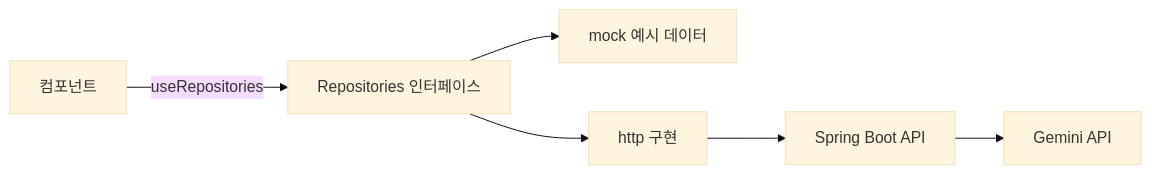
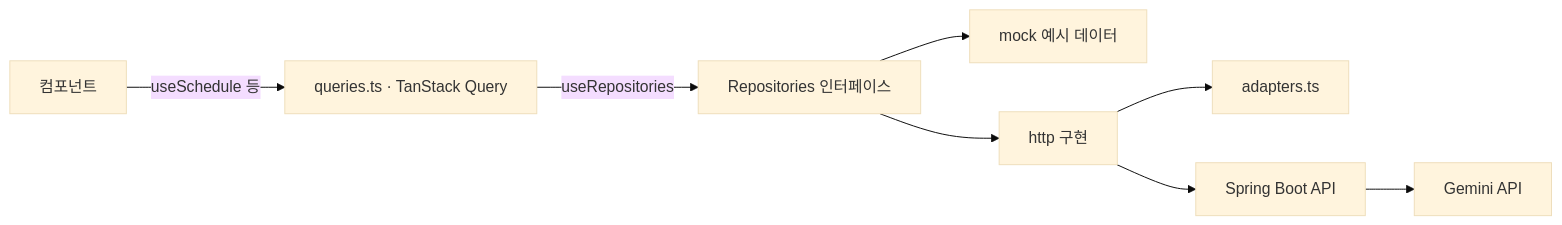
One commit to monggu03/gdghomepage changed the diagram in docs/ARCHITECTURE.md. Above: the diagram before and after it, drawn with Mermaid (base theme). The commit also changed other lines of this file and 67 other files, not shown here.

````diff
--- a/docs/ARCHITECTURE.md
+++ b/docs/ARCHITECTURE.md
@@ -20,8 +25,10 @@
 ```mermaid
 flowchart LR
-  C[컴포넌트] -->|useRepositories| R[Repositories 인터페이스]
+  C[컴포넌트] -->|useSchedule 등| Q[queries.ts · TanStack Query]
+  Q -->|useRepositories| R[Repositories 인터페이스]
   R --> M[mock 예시 데이터]
   R --> H[http 구현]
+  H --> A[adapters.ts]
   H --> S[Spring Boot API]
   S --> G[Gemini API]
 ```
````
